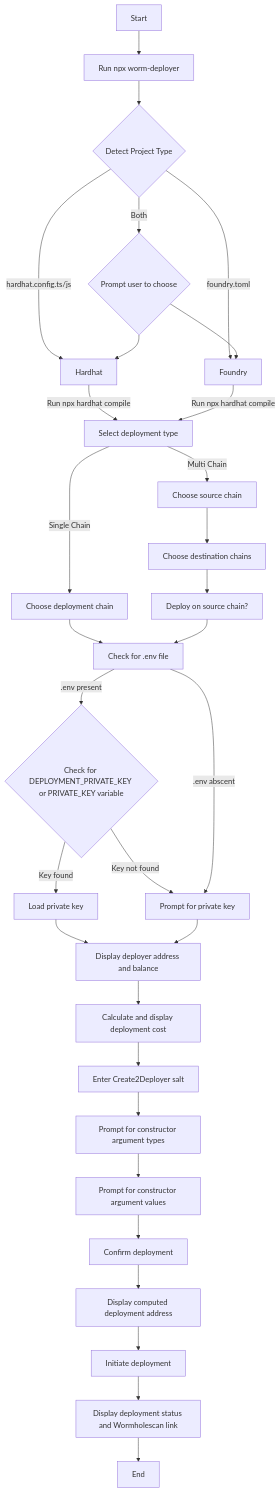
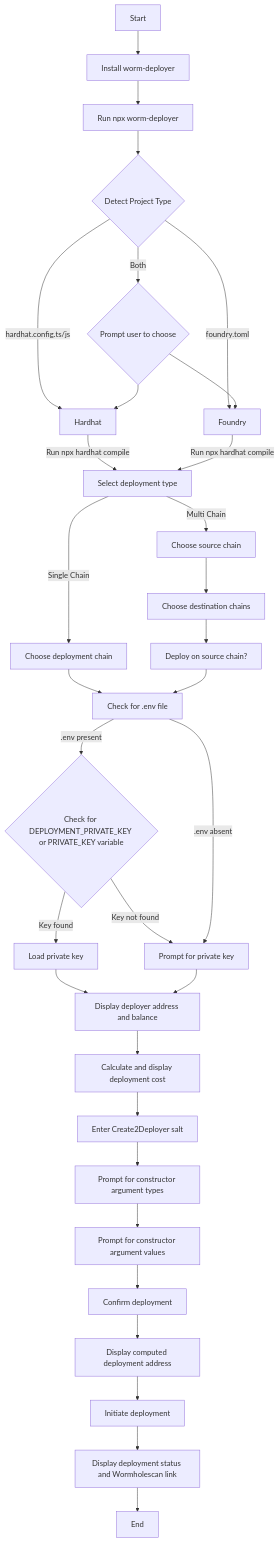
The diagram in user-flow.md (startup-dreamer/worm-deployer), drawn with Mermaid before and after one commit. The commit also changed other lines of this file and 2 other files, not shown here.

Commit message:
chore: modified the flow chart

````diff
--- a/user-flow.md
+++ b/user-flow.md
@@ -1,33 +3,34 @@
 ```mermaid
 flowchart TD
-    A[Start] --> B[Run npx worm-deployer]
-    B --> C{Detect Project Type}
-    C -->|hardhat.config.ts/js| D[Hardhat]
-    C -->|foundry.toml| E[Foundry]
-    C -->|Both| F{Prompt user to choose}
-    F --> D
-    F --> E
-    D --> |Run npx hardhat compile| I[Select deployment type]
-    E --> |Run npx hardhat compile| I[Select deployment type]
-    I -->|Single Chain| J[Choose deployment chain]
-    I -->|Multi Chain| K[Choose source chain]
-    K --> L[Choose destination chains]
-    L --> M[Deploy on source chain?]
-    J --> N[Check for .env file]
-    M --> N
-    N -->|.env present| O{Check for DEPLOYMENT_PRIVATE_KEY or PRIVATE_KEY variable}
-    O -->|Key found| P[Load private key]
-    O -->|Key not found| Q[Prompt for private key]
-    N -->|.env abscent| Q
-    P --> R[Display deployer address and balance]
-    Q --> R
-    R --> S[Calculate and display deployment cost]
-    S --> T[Enter Create2Deployer salt]
-    T --> U[Prompt for constructor argument types]
-    U --> V[Prompt for constructor argument values]
-    V --> W[Confirm deployment]
-    W --> X[Display computed deployment address]
-    X --> Y[Initiate deployment]
-    Y --> Z[Display deployment status and Wormholescan link]
-    Z --> AA[End]
+    A[Start] --> B[Install worm-deployer]
+    B --> C[Run npx worm-deployer]
+    C --> D{Detect Project Type}
+    D -->|hardhat.config.ts/js| E[Hardhat]
+    D -->|foundry.toml| F[Foundry]
+    D -->|Both| G{Prompt user to choose}
+    G --> E
+    G --> F
+    E --> |Run npx hardhat compile| J[Select deployment type]
+    F --> |Run npx hardhat compile| J[Select deployment type]
+    J -->|Single Chain| K[Choose deployment chain]
+    J -->|Multi Chain| L[Choose source chain]
+    L --> M[Choose destination chains]
+    M --> N[Deploy on source chain?]
+    K --> O[Check for .env file]
+    N --> O
+    O -->|.env present| P{Check for DEPLOYMENT_PRIVATE_KEY or PRIVATE_KEY variable}
+    P -->|Key found| Q[Load private key]
+    P -->|Key not found| R[Prompt for private key]
+    O -->|.env absent| R
+    Q --> S[Display deployer address and balance]
+    R --> S
+    S --> T[Calculate and display deployment cost]
+    T --> U[Enter Create2Deployer salt]
+    U --> V[Prompt for constructor argument types]
+    V --> W[Prompt for constructor argument values]
+    W --> X[Confirm deployment]
+    X --> Y[Display computed deployment address]
+    Y --> Z[Initiate deployment]
+    Z --> AA[Display deployment status and Wormholescan link]
+    AA --> AB[End]
 ```
````
